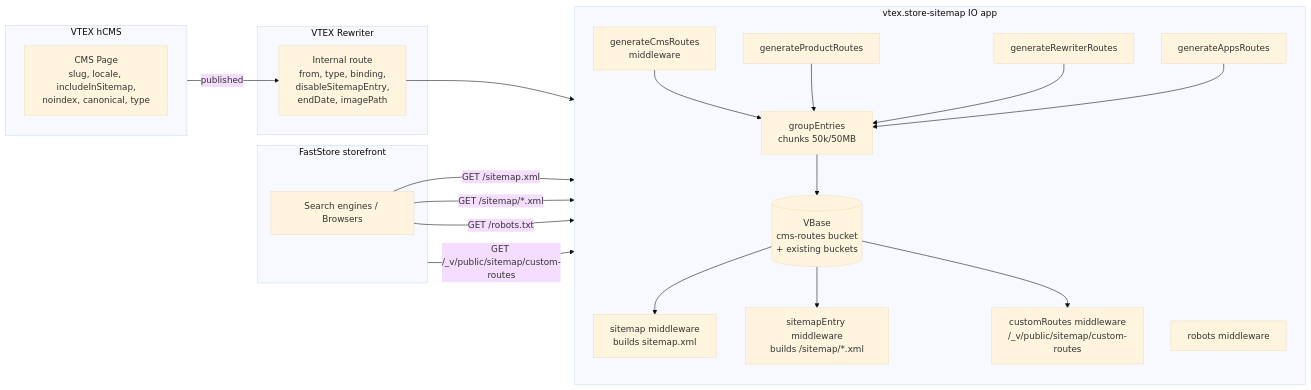
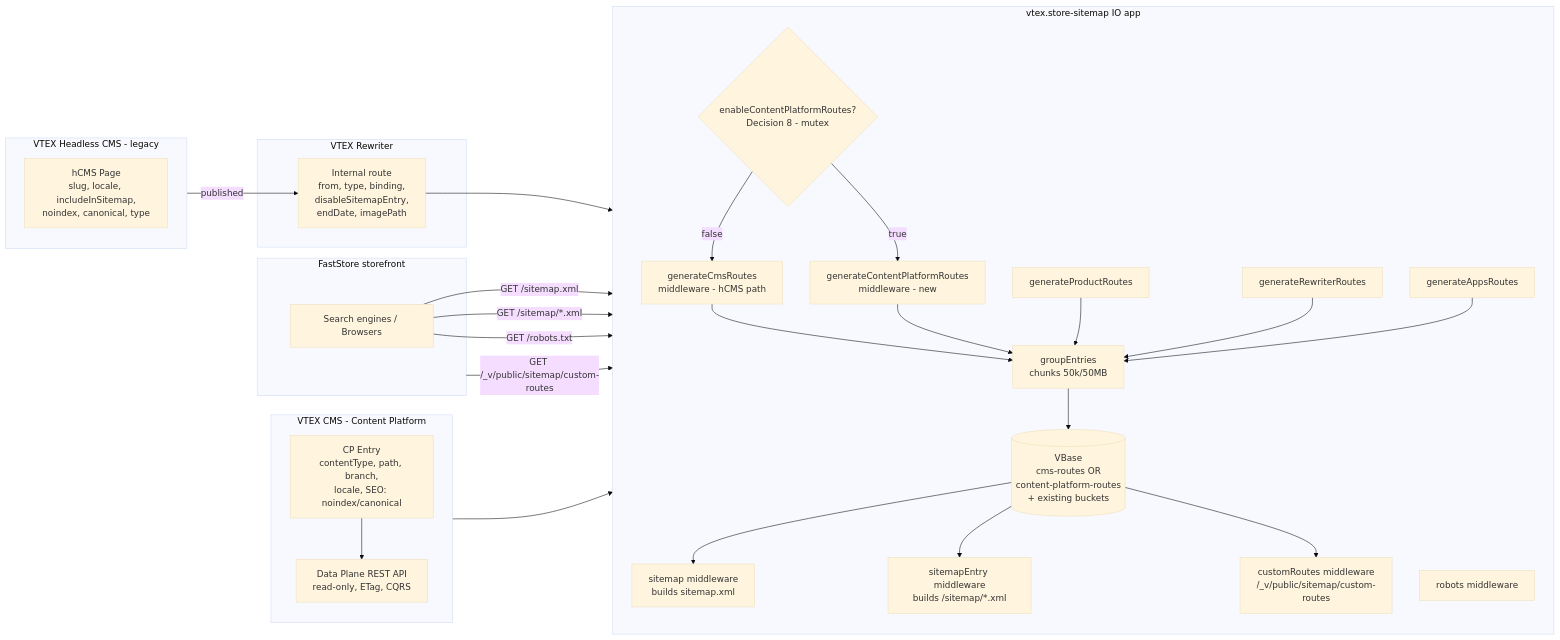
One commit to vtex-apps/store-sitemap changed the diagram in specs/cms-routes-in-sitemap-for-faststore.md. Above: the diagram before and after it, drawn with Mermaid (base theme). The commit also changed other lines of this file, not shown here.

First line of the commit message:
spec: Content Platform CMS support in store-sitemap (increment 1)

````diff
--- a/specs/cms-routes-in-sitemap-for-faststore.md
+++ b/specs/cms-routes-in-sitemap-for-faststore.md
@@ -159,47 +219,60 @@
 ```mermaid
 flowchart LR
-    subgraph CMS[VTEX hCMS]
+    subgraph hCMS[VTEX Headless CMS - legacy]
       direction TB
-      CmsPage[CMS Page<br/>slug, locale, includeInSitemap,<br/>noindex, canonical, type]
+      CmsPage[hCMS Page<br/>slug, locale, includeInSitemap,<br/>noindex, canonical, type]
     end
 
     subgraph Rewriter[VTEX Rewriter]
       InternalRoute[Internal route<br/>from, type, binding,<br/>disableSitemapEntry,<br/>endDate, imagePath]
     end
 
+    subgraph CP[VTEX CMS - Content Platform]
+      direction TB
+      CpEntry[CP Entry<br/>contentType, path, branch,<br/>locale, SEO: noindex/canonical]
+      CpDataPlane[Data Plane REST API<br/>read-only, ETag, CQRS]
+      CpEntry --> CpDataPlane
+    end
+
     CmsPage -->|published| InternalRoute
 
     subgraph App[vtex.store-sitemap IO app]
       direction TB
-      GenCms[generateCmsRoutes<br/>middleware]
+      Flag{enableContentPlatformRoutes?<br/>Decision 8 - mutex}
+      GenCms[generateCmsRoutes<br/>middleware - hCMS path]
+      GenCp[generateContentPlatformRoutes<br/>middleware - new]
       GenProd[generateProductRoutes]
       GenNav[generateRewriterRoutes]
       GenApps[generateAppsRoutes]
       GroupEntries[groupEntries<br/>chunks 50k/50MB]
-      VBase[(VBase<br/>cms-routes bucket<br/>+ existing buckets)]
+      VBase[(VBase<br/>cms-routes OR<br/>content-platform-routes<br/>+ existing buckets)]
       SitemapMW[sitemap middleware<br/>builds sitemap.xml]
       EntryMW[sitemapEntry middleware<br/>builds /sitemap/*.xml]
       RobotsMW[robots middleware]
       CustomRoutesMW[customRoutes middleware<br/>/_v/public/sitemap/custom-routes]
     end
 
-    InternalRoute --> GenCms
+    InternalRoute --> Flag
+    CpDataPlane --> Flag
+    Flag -->|false| GenCms
+    Flag -->|true| GenCp
     GenCms --> GroupEntries
+    GenCp --> GroupEntries
     GenProd --> GroupEntries
     GenNav --> GroupEntries
     GenApps --> GroupEntries
     GroupEntries --> VBase
 
     VBase --> SitemapMW
     VBase --> EntryMW
     VBase --> CustomRoutesMW
 
     subgraph FastStore[FastStore storefront]
       Browser[Search engines / Browsers]
     end
 
     Browser -->|GET /sitemap.xml| SitemapMW
     Browser -->|GET /sitemap/*.xml| EntryMW
     Browser -->|GET /robots.txt| RobotsMW
     FastStore -->|GET /_v/public/sitemap/custom-routes| CustomRoutesMW
 ```
````
